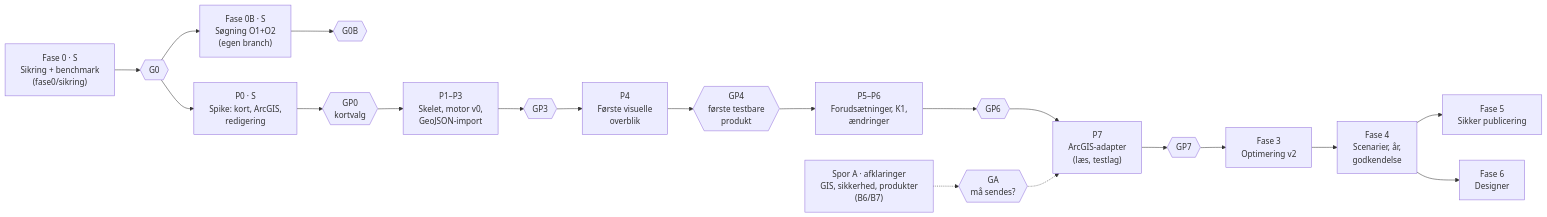
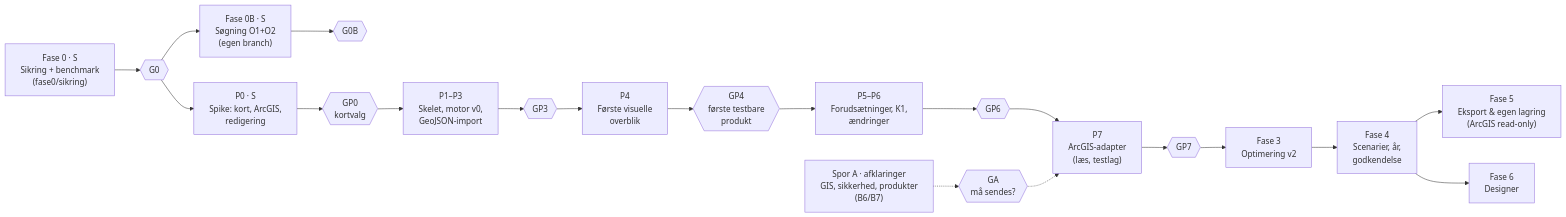
Before and after one commit to steenh/camping-space-mapper: the diagram in DISCOVERY-ROADMAP.md, drawn with Mermaid. The commit also changed other lines of this file and 7 other files, not shown here.

First line of the commit message:
Dokumentér A9: ArcGIS er read-only i alle faser

````diff
--- a/DISCOVERY-ROADMAP.md
+++ b/DISCOVERY-ROADMAP.md
@@ -98,15 +100,15 @@
 ```mermaid
 flowchart LR
   F0["Fase 0 · S<br/>Sikring + benchmark<br/>(fase0/sikring)"] --> G0{{"G0"}}
   G0 --> F0B["Fase 0B · S<br/>Søgning O1+O2<br/>(egen branch)"] --> G0B{{"G0B"}}
   G0 --> P0["P0 · S<br/>Spike: kort, ArcGIS,<br/>redigering"] --> GP0{{"GP0<br/>kortvalg"}}
   GP0 --> P1["P1–P3<br/>Skelet, motor v0,<br/>GeoJSON-import"] --> GP3{{"GP3"}}
   GP3 --> P4["P4<br/>Første visuelle<br/>overblik"] --> GP4{{"GP4<br/>første testbare<br/>produkt"}}
   GP4 --> P5["P5–P6<br/>Forudsætninger, K1,<br/>ændringer"] --> GP6{{"GP6"}}
   GP6 --> P7["P7<br/>ArcGIS-adapter<br/>(læs, testlag)"] --> GP7{{"GP7"}}
   GP7 --> F3["Fase 3<br/>Optimering v2"] --> F4["Fase 4<br/>Scenarier, år,<br/>godkendelse"]
-  F4 --> F5["Fase 5<br/>Sikker publicering"]
+  F4 --> F5["Fase 5<br/>Eksport & egen lagring<br/>(ArcGIS read-only)"]
   F4 --> F6["Fase 6<br/>Designer"]
   A["Spor A · afklaringer<br/>GIS, sikkerhed, produkter<br/>(B6/B7)"] -.-> GA{{"GA<br/>må sendes?"}}
   GA -.-> P7
 ```
````
